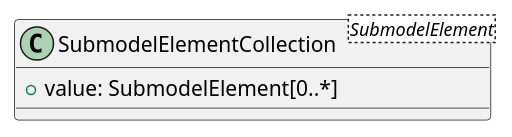
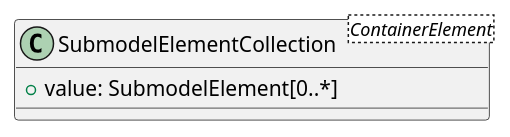
One commit to admin-shell-io/aas-specs changed the diagram in documentation/IDTA-01001/modules/ROOT/partials/diagrams/classes/submodel-element-collection.puml. Above: the diagram before and after it, drawn with PlantUML. The commit also changed 3 other files, not shown here.

Commit message:
inherit from ContainerElement, not from SubmodelElement

```diff
--- a/documentation/IDTA-01001/modules/ROOT/partials/diagrams/classes/submodel-element-collection.puml
+++ b/documentation/IDTA-01001/modules/ROOT/partials/diagrams/classes/submodel-element-collection.puml
@@ -1,5 +1,5 @@
 @startuml
-class SubmodelElementCollection<SubmodelElement> {
+class SubmodelElementCollection<ContainerElement> {
   +value: SubmodelElement[0..*]
 }
 @enduml
```
